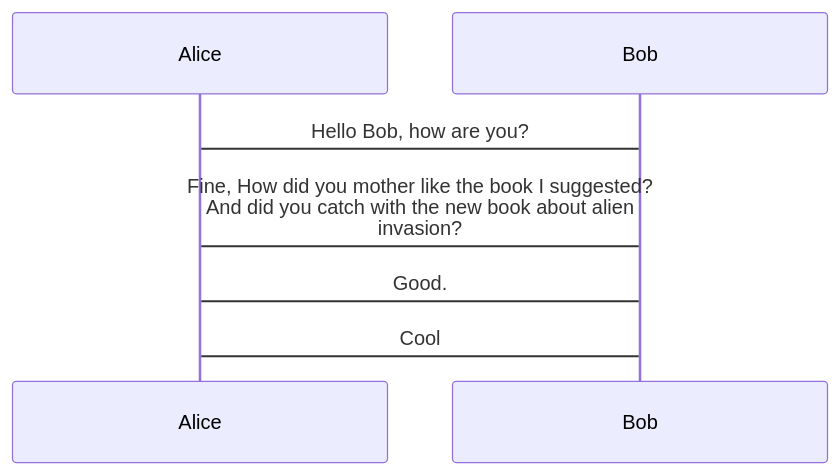
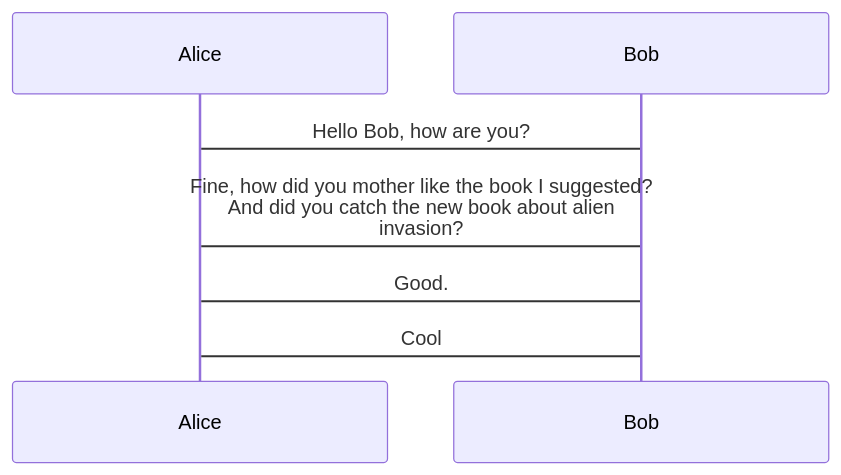
Before and after one commit to mermaid-js/mermaid: the eighth of 8 diagrams in docs/config/directives.md, drawn with Mermaid. The commit also changed other lines of this file and 1 other file, not shown here.

````diff
--- a/docs/config/directives.md
+++ b/docs/config/directives.md
@@ -323,8 +322,8 @@
 ```mermaid
 %%{init: { "sequence": { "wrap": true, "width":300 } } }%%
 sequenceDiagram
 Alice->Bob: Hello Bob, how are you?
-Bob->Alice: Fine, How did you mother like the book I suggested? And did you catch with the new book about alien invasion?
+Bob->Alice: Fine, how did you mother like the book I suggested? And did you catch the new book about alien invasion?
 Alice->Bob: Good.
 Bob->Alice: Cool
 ```
````
